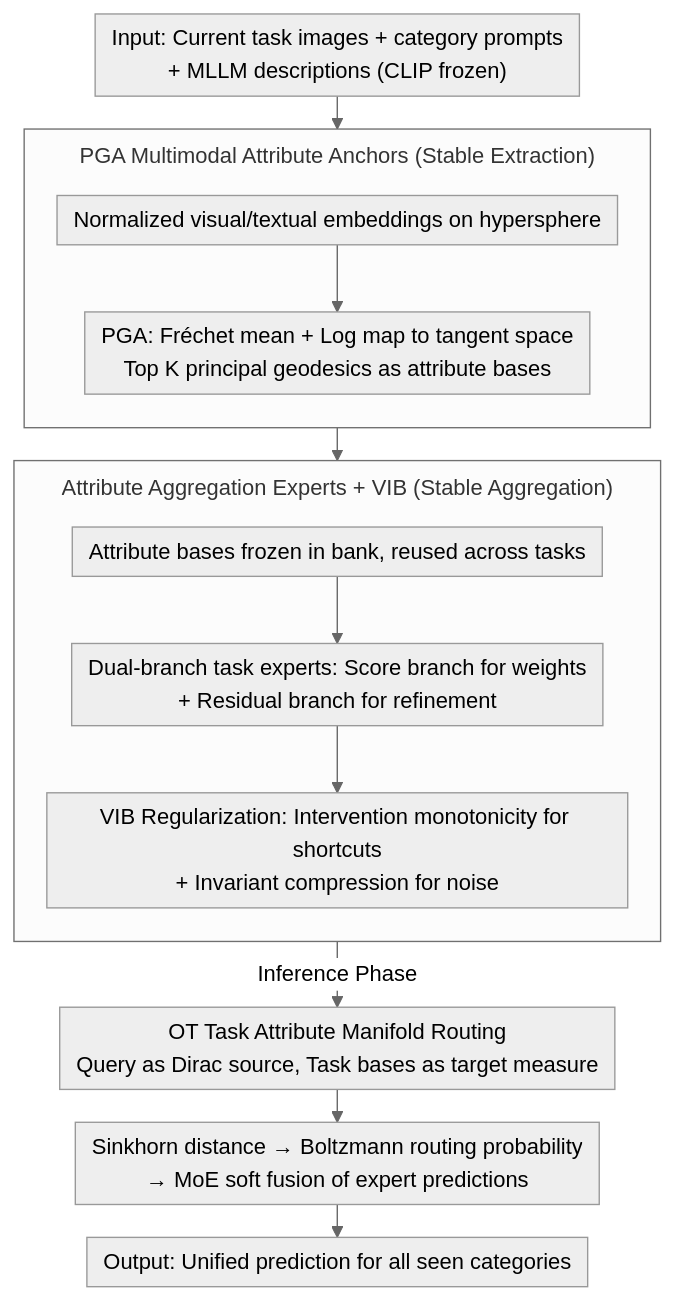
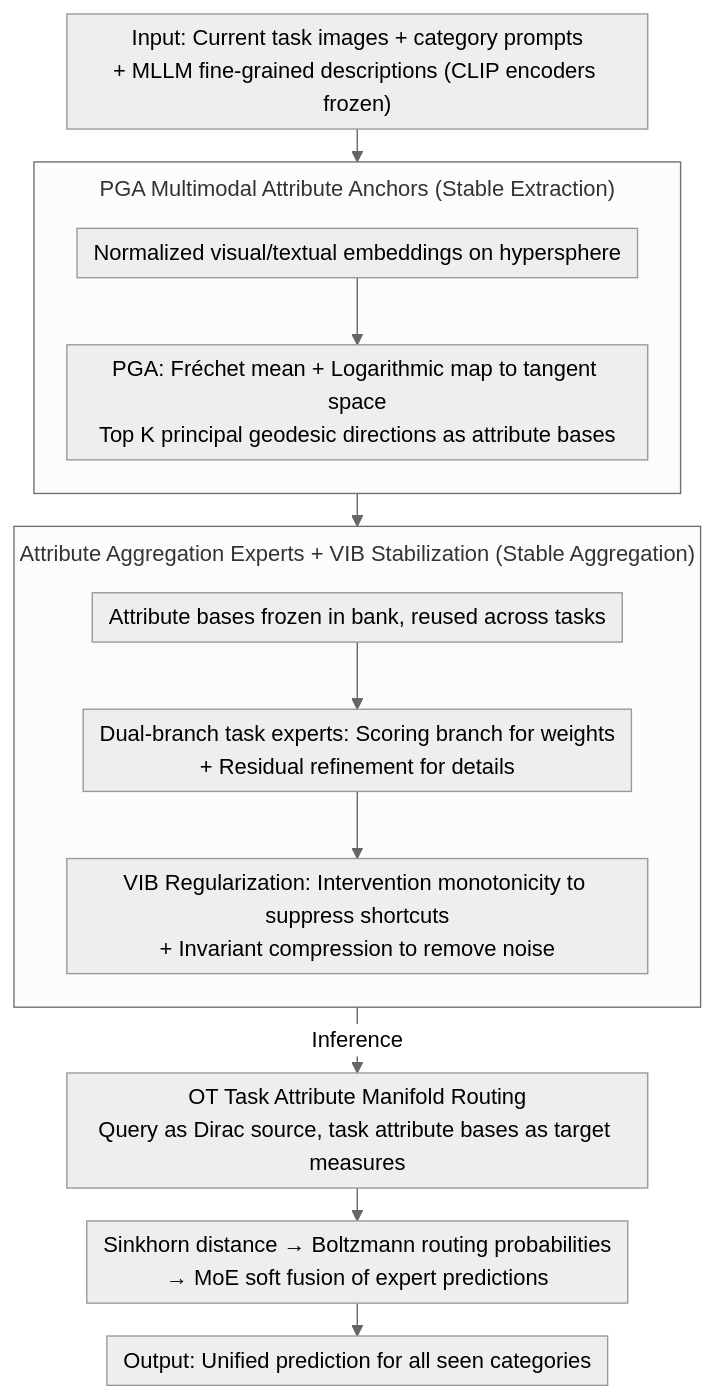
The diagram in docs/ICML2026/model_compression/area_attribute_extraction_and_aggregation_for_clip-based_class-incremental_learn.md (zhaoyang97/Paper-Notes-en), drawn with Mermaid (neutral theme) before and after one commit. The commit also changed other lines of this file and 5084 other files, not shown here.

````diff
--- a/docs/ICML2026/model_compression/area_attribute_extraction_and_aggregation_for_clip-based_class-incremental_learn.md
+++ b/docs/ICML2026/model_compression/area_attribute_extraction_and_aggregation_for_clip-based_class-incremental_learn.md
@@ -47,18 +47,18 @@
 ```mermaid
 %%{init: {'flowchart': {'rankSpacing': 24, 'nodeSpacing': 28, 'padding': 6, 'wrappingWidth': 400, 'subGraphTitleMargin': {'top': 8, 'bottom': 16}}}}%%
 flowchart TD
-    A["Input: Current task images + category prompts<br/>+ MLLM descriptions (CLIP frozen)"] --> B
+    A["Input: Current task images + category prompts<br/>+ MLLM fine-grained descriptions (CLIP encoders frozen)"] --> B
     subgraph EXT["PGA Multimodal Attribute Anchors (Stable Extraction)"]
         direction TB
-        B["Normalized visual/textual embeddings on hypersphere"] --> C["PGA: Fréchet mean + Log map to tangent space<br/>Top K principal geodesics as attribute bases"]
+        B["Normalized visual/textual embeddings on hypersphere"] --> C["PGA: Fréchet mean + Logarithmic map to tangent space<br/>Top K principal geodesic directions as attribute bases"]
     end
     C --> D["Attribute bases frozen in bank, reused across tasks"]
-    subgraph AGG["Attribute Aggregation Experts + VIB (Stable Aggregation)"]
+    subgraph AGG["Attribute Aggregation Experts + VIB Stabilization (Stable Aggregation)"]
         direction TB
-        D --> E["Dual-branch task experts: Score branch for weights<br/>+ Residual branch for refinement"]
-        E --> F["VIB Regularization: Intervention monotonicity for shortcuts<br/>+ Invariant compression for noise"]
+        D --> E["Dual-branch task experts: Scoring branch for weights<br/>+ Residual refinement for details"]
+        E --> F["VIB Regularization: Intervention monotonicity to suppress shortcuts<br/>+ Invariant compression to remove noise"]
     end
-    F -->|Inference Phase| G["OT Task Attribute Manifold Routing<br/>Query as Dirac source, Task bases as target measure"]
-    G --> H["Sinkhorn distance → Boltzmann routing probability<br/>→ MoE soft fusion of expert predictions"]
+    F -->|Inference| G["OT Task Attribute Manifold Routing<br/>Query as Dirac source, task attribute bases as target measures"]
+    G --> H["Sinkhorn distance → Boltzmann routing probabilities<br/>→ MoE soft fusion of expert predictions"]
     H --> I["Output: Unified prediction for all seen categories"]
 ```
````
